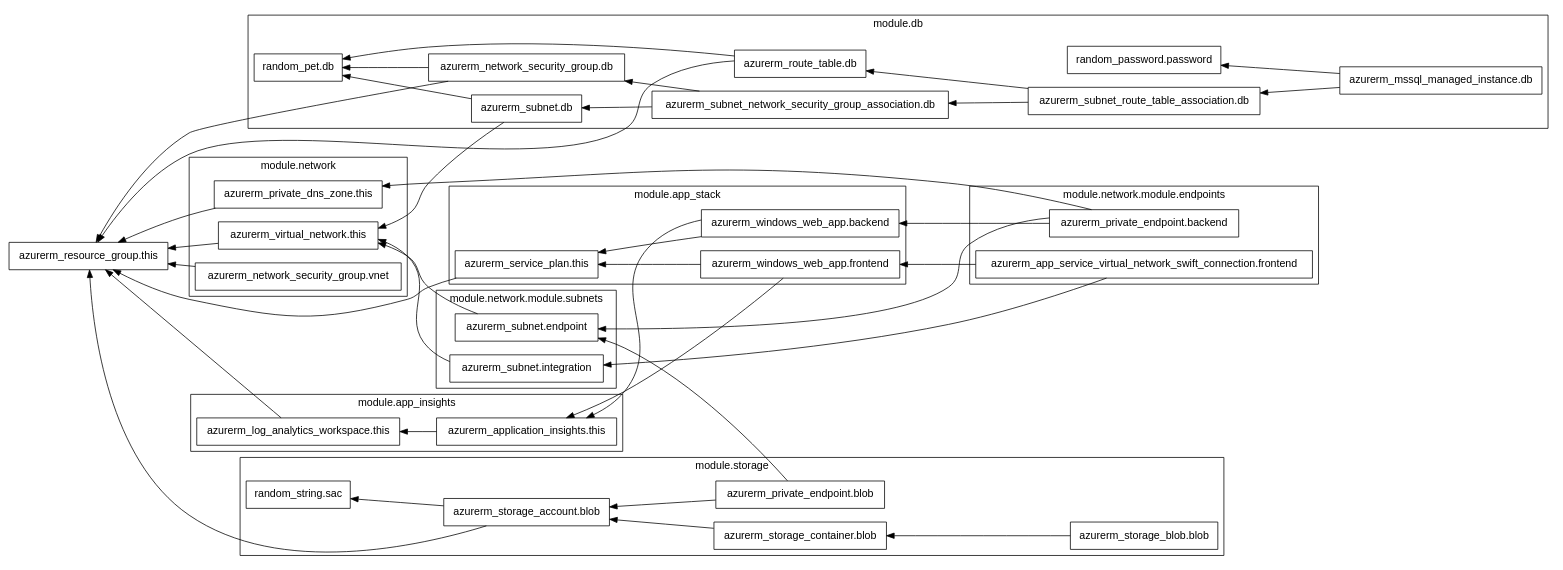
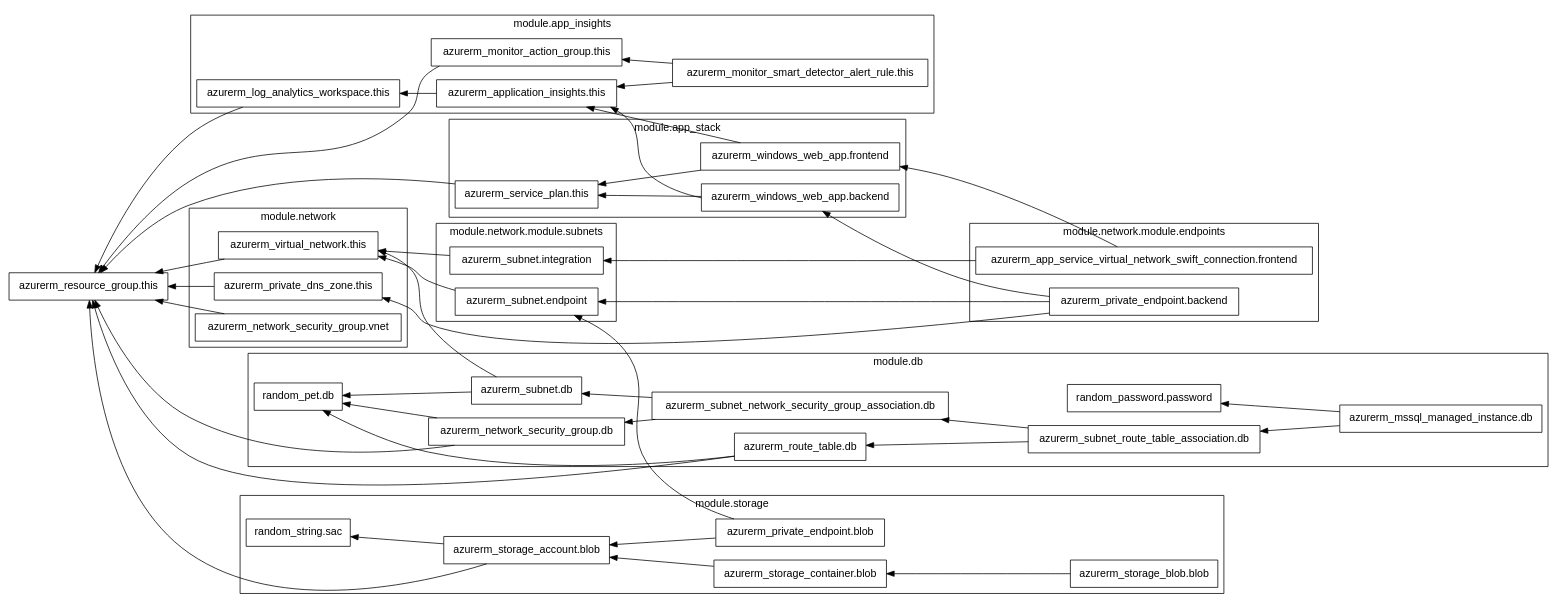
One commit to mconstant/NeuBankv2 changed the diagram in prod_infrastructure.dot. Above: the diagram before and after it, drawn with Graphviz. The commit also changed 1 other file, not shown here.

```diff
--- a/prod_infrastructure.dot
+++ b/prod_infrastructure.dot
@@ -1,93 +1,98 @@
 digraph G {
   rankdir = "RL";
   node [shape = rect, fontname = "sans-serif"];
   "azurerm_resource_group.this" [label="azurerm_resource_group.this"];
   subgraph "cluster_module.app_insights" {
     label = "module.app_insights"
     fontname = "sans-serif"
     "module.app_insights.azurerm_application_insights.this" [label="azurerm_application_insights.this"];
     "module.app_insights.azurerm_log_analytics_workspace.this" [label="azurerm_log_analytics_workspace.this"];
+    "module.app_insights.azurerm_monitor_action_group.this" [label="azurerm_monitor_action_group.this"];
+    "module.app_insights.azurerm_monitor_smart_detector_alert_rule.this" [label="azurerm_monitor_smart_detector_alert_rule.this"];
   }
   subgraph "cluster_module.app_stack" {
     label = "module.app_stack"
     fontname = "sans-serif"
     "module.app_stack.azurerm_service_plan.this" [label="azurerm_service_plan.this"];
     "module.app_stack.azurerm_windows_web_app.backend" [label="azurerm_windows_web_app.backend"];
     "module.app_stack.azurerm_windows_web_app.frontend" [label="azurerm_windows_web_app.frontend"];
   }
   subgraph "cluster_module.db" {
     label = "module.db"
     fontname = "sans-serif"
     "module.db.azurerm_mssql_managed_instance.db" [label="azurerm_mssql_managed_instance.db"];
     "module.db.azurerm_network_security_group.db" [label="azurerm_network_security_group.db"];
     "module.db.azurerm_route_table.db" [label="azurerm_route_table.db"];
     "module.db.azurerm_subnet.db" [label="azurerm_subnet.db"];
     "module.db.azurerm_subnet_network_security_group_association.db" [label="azurerm_subnet_network_security_group_association.db"];
     "module.db.azurerm_subnet_route_table_association.db" [label="azurerm_subnet_route_table_association.db"];
     "module.db.random_password.password" [label="random_password.password"];
     "module.db.random_pet.db" [label="random_pet.db"];
   }
   subgraph "cluster_module.network" {
     label = "module.network"
     fontname = "sans-serif"
     "module.network.azurerm_network_security_group.vnet" [label="azurerm_network_security_group.vnet"];
     "module.network.azurerm_private_dns_zone.this" [label="azurerm_private_dns_zone.this"];
     "module.network.azurerm_virtual_network.this" [label="azurerm_virtual_network.this"];
   }
   subgraph "cluster_module.network.module.endpoints" {
     label = "module.network.module.endpoints"
     fontname = "sans-serif"
     "module.network.module.endpoints.azurerm_app_service_virtual_network_swift_connection.frontend" [label="azurerm_app_service_virtual_network_swift_connection.frontend"];
     "module.network.module.endpoints.azurerm_private_endpoint.backend" [label="azurerm_private_endpoint.backend"];
   }
   subgraph "cluster_module.network.module.subnets" {
     label = "module.network.module.subnets"
     fontname = "sans-serif"
     "module.network.module.subnets.azurerm_subnet.endpoint" [label="azurerm_subnet.endpoint"];
     "module.network.module.subnets.azurerm_subnet.integration" [label="azurerm_subnet.integration"];
   }
   subgraph "cluster_module.storage" {
     label = "module.storage"
     fontname = "sans-serif"
     "module.storage.azurerm_private_endpoint.blob" [label="azurerm_private_endpoint.blob"];
     "module.storage.azurerm_storage_account.blob" [label="azurerm_storage_account.blob"];
     "module.storage.azurerm_storage_blob.blob" [label="azurerm_storage_blob.blob"];
     "module.storage.azurerm_storage_container.blob" [label="azurerm_storage_container.blob"];
     "module.storage.random_string.sac" [label="random_string.sac"];
   }
   "module.app_insights.azurerm_application_insights.this" -> "module.app_insights.azurerm_log_analytics_workspace.this";
   "module.app_insights.azurerm_log_analytics_workspace.this" -> "azurerm_resource_group.this";
+  "module.app_insights.azurerm_monitor_action_group.this" -> "azurerm_resource_group.this";
+  "module.app_insights.azurerm_monitor_smart_detector_alert_rule.this" -> "module.app_insights.azurerm_application_insights.this";
+  "module.app_insights.azurerm_monitor_smart_detector_alert_rule.this" -> "module.app_insights.azurerm_monitor_action_group.this";
   "module.app_stack.azurerm_service_plan.this" -> "azurerm_resource_group.this";
   "module.app_stack.azurerm_windows_web_app.backend" -> "module.app_insights.azurerm_application_insights.this";
   "module.app_stack.azurerm_windows_web_app.backend" -> "module.app_stack.azurerm_service_plan.this";
   "module.app_stack.azurerm_windows_web_app.frontend" -> "module.app_insights.azurerm_application_insights.this";
   "module.app_stack.azurerm_windows_web_app.frontend" -> "module.app_stack.azurerm_service_plan.this";
   "module.db.azurerm_mssql_managed_instance.db" -> "module.db.azurerm_subnet_route_table_association.db";
   "module.db.azurerm_mssql_managed_instance.db" -> "module.db.random_password.password";
   "module.db.azurerm_network_security_group.db" -> "azurerm_resource_group.this";
   "module.db.azurerm_network_security_group.db" -> "module.db.random_pet.db";
   "module.db.azurerm_route_table.db" -> "azurerm_resource_group.this";
   "module.db.azurerm_route_table.db" -> "module.db.random_pet.db";
   "module.db.azurerm_subnet.db" -> "module.db.random_pet.db";
   "module.db.azurerm_subnet.db" -> "module.network.azurerm_virtual_network.this";
   "module.db.azurerm_subnet_network_security_group_association.db" -> "module.db.azurerm_network_security_group.db";
   "module.db.azurerm_subnet_network_security_group_association.db" -> "module.db.azurerm_subnet.db";
   "module.db.azurerm_subnet_route_table_association.db" -> "module.db.azurerm_route_table.db";
   "module.db.azurerm_subnet_route_table_association.db" -> "module.db.azurerm_subnet_network_security_group_association.db";
   "module.network.azurerm_network_security_group.vnet" -> "azurerm_resource_group.this";
   "module.network.azurerm_private_dns_zone.this" -> "azurerm_resource_group.this";
   "module.network.azurerm_virtual_network.this" -> "azurerm_resource_group.this";
   "module.network.module.endpoints.azurerm_app_service_virtual_network_swift_connection.frontend" -> "module.app_stack.azurerm_windows_web_app.frontend";
   "module.network.module.endpoints.azurerm_app_service_virtual_network_swift_connection.frontend" -> "module.network.module.subnets.azurerm_subnet.integration";
   "module.network.module.endpoints.azurerm_private_endpoint.backend" -> "module.app_stack.azurerm_windows_web_app.backend";
   "module.network.module.endpoints.azurerm_private_endpoint.backend" -> "module.network.azurerm_private_dns_zone.this";
   "module.network.module.endpoints.azurerm_private_endpoint.backend" -> "module.network.module.subnets.azurerm_subnet.endpoint";
   "module.network.module.subnets.azurerm_subnet.endpoint" -> "module.network.azurerm_virtual_network.this";
   "module.network.module.subnets.azurerm_subnet.integration" -> "module.network.azurerm_virtual_network.this";
   "module.storage.azurerm_private_endpoint.blob" -> "module.network.module.subnets.azurerm_subnet.endpoint";
   "module.storage.azurerm_private_endpoint.blob" -> "module.storage.azurerm_storage_account.blob";
   "module.storage.azurerm_storage_account.blob" -> "azurerm_resource_group.this";
   "module.storage.azurerm_storage_account.blob" -> "module.storage.random_string.sac";
   "module.storage.azurerm_storage_blob.blob" -> "module.storage.azurerm_storage_container.blob";
   "module.storage.azurerm_storage_container.blob" -> "module.storage.azurerm_storage_account.blob";
 }
```
